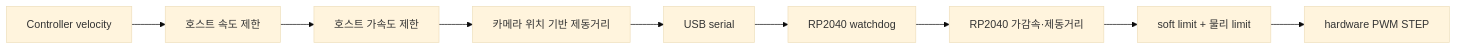
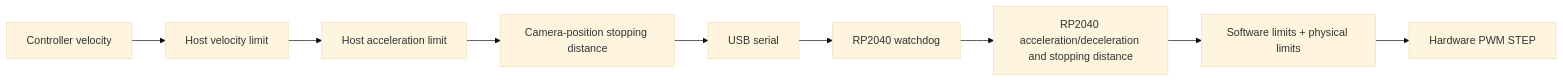
One commit to sim-red-line/single-stage-vision-cartpole changed the second of 2 diagrams in docs/control_algorithm.md. Above: the diagram before and after it, drawn with Mermaid (base theme). The commit also changed other lines of this file and 18 other files, not shown here.

```diff
--- a/docs/control_algorithm.md
+++ b/docs/control_algorithm.md
@@ -133,11 +135,11 @@
 ~~~mermaid
 flowchart LR
-    A["Controller velocity"] --> B["호스트 속도 제한"]
-    B --> C["호스트 가속도 제한"]
-    C --> D["카메라 위치 기반 제동거리"]
+    A["Controller velocity"] --> B["Host velocity limit"]
+    B --> C["Host acceleration limit"]
+    C --> D["Camera-position stopping distance"]
     D --> E["USB serial"]
     E --> F["RP2040 watchdog"]
-    F --> G["RP2040 가감속·제동거리"]
-    G --> H["soft limit + 물리 limit"]
-    H --> I["hardware PWM STEP"]
+    F --> G["RP2040 acceleration/deceleration and stopping distance"]
+    G --> H["Software limits + physical limits"]
+    H --> I["Hardware PWM STEP"]
 ~~~
```
